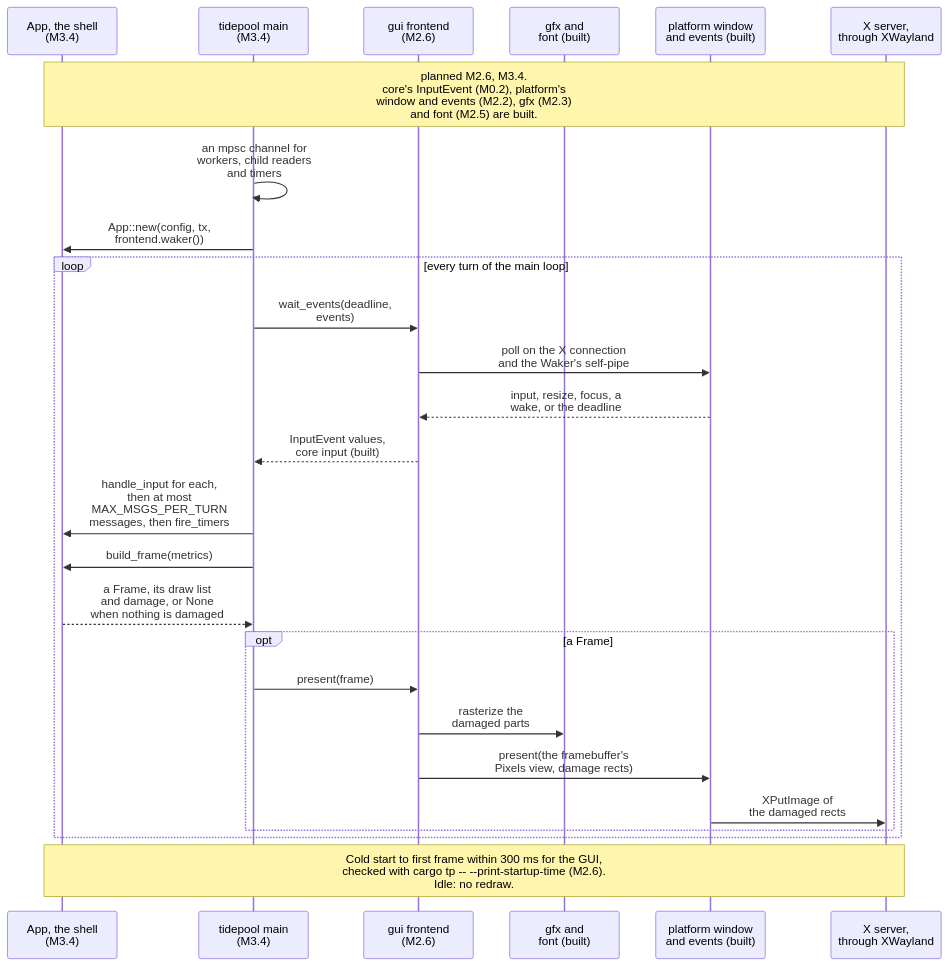
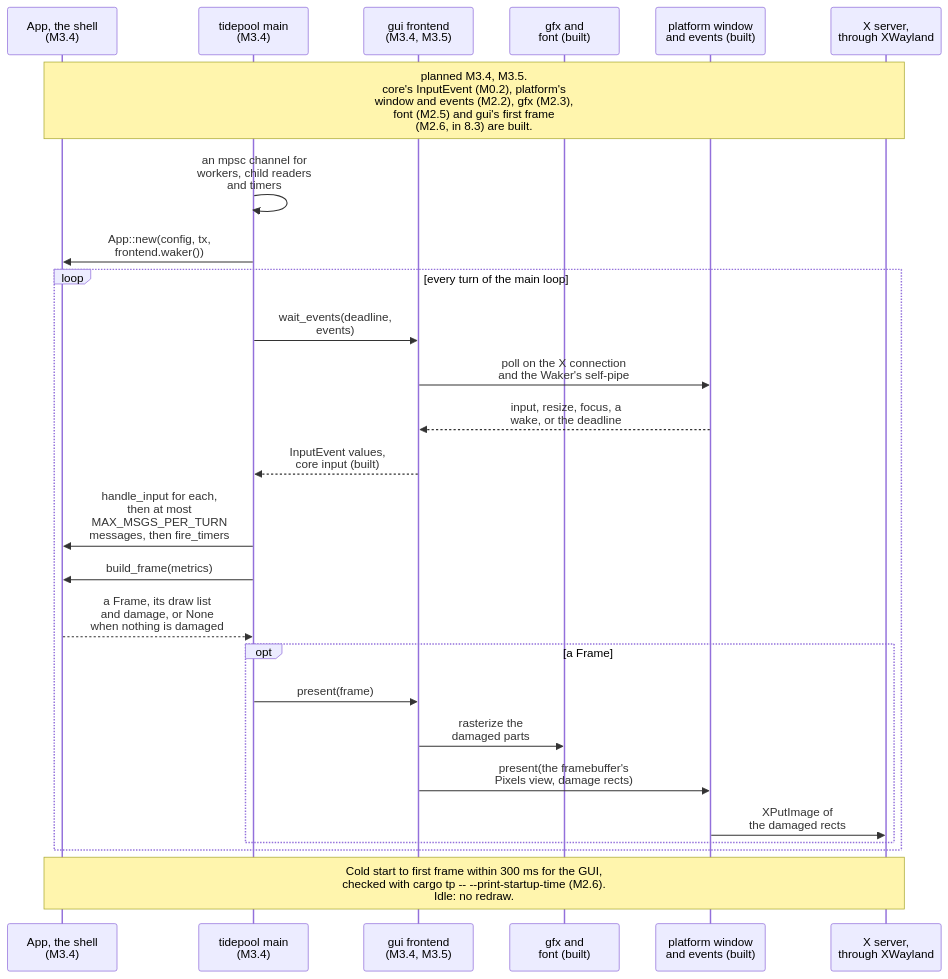
Before and after one commit to jabbott-iii/Tidepool: the tenth of 23 diagrams in diagrams/sequence-diagrams.md, drawn with Mermaid. The commit also changed other lines of this file and 35 other files, not shown here.

First line of the commit message:
gui, app: the first frame (M2.6)

````diff
--- a/diagrams/sequence-diagrams.md
+++ b/diagrams/sequence-diagrams.md
@@ -545,29 +548,29 @@
 ```mermaid
 sequenceDiagram
     participant Shell as App, the shell<br/>(M3.4)
     participant Cli as tidepool main<br/>(M3.4)
-    participant Fe as gui frontend<br/>(M2.6)
+    participant Fe as gui frontend<br/>(M3.4, M3.5)
     participant Gfx as gfx and<br/>font (built)
     participant Plat as platform window<br/>and events (built)
     participant Disp as X server,<br/>through XWayland
 
-    Note over Shell,Disp: planned M2.6, M3.4.<br/>core's InputEvent (M0.2), platform's<br/>window and events (M2.2), gfx (M2.3)<br/>and font (M2.5) are built.
+    Note over Shell,Disp: planned M3.4, M3.5.<br/>core's InputEvent (M0.2), platform's<br/>window and events (M2.2), gfx (M2.3),<br/>font (M2.5) and gui's first frame<br/>(M2.6, in 8.3) are built.
     Cli->>Cli: an mpsc channel for<br/>workers, child readers<br/>and timers
     Cli->>Shell: App::new(config, tx,<br/>frontend.waker())
     loop every turn of the main loop
         Cli->>Fe: wait_events(deadline,<br/>events)
         Fe->>Plat: poll on the X connection<br/>and the Waker's self-pipe
         Plat-->>Fe: input, resize, focus, a<br/>wake, or the deadline
         Fe-->>Cli: InputEvent values,<br/>core input (built)
         Cli->>Shell: handle_input for each,<br/>then at most<br/>MAX_MSGS_PER_TURN<br/>messages, then fire_timers
         Cli->>Shell: build_frame(metrics)
         Shell-->>Cli: a Frame, its draw list<br/>and damage, or None<br/>when nothing is damaged
         opt a Frame
             Cli->>Fe: present(frame)
             Fe->>Gfx: rasterize the<br/>damaged parts
             Fe->>Plat: present(the framebuffer's<br/>Pixels view, damage rects)
             Plat->>Disp: XPutImage of<br/>the damaged rects
         end
     end
     Note over Shell,Disp: Cold start to first frame within 300 ms for the GUI,<br/>checked with cargo tp -- --print-startup-time (M2.6).<br/>Idle: no redraw.
 ```
````
